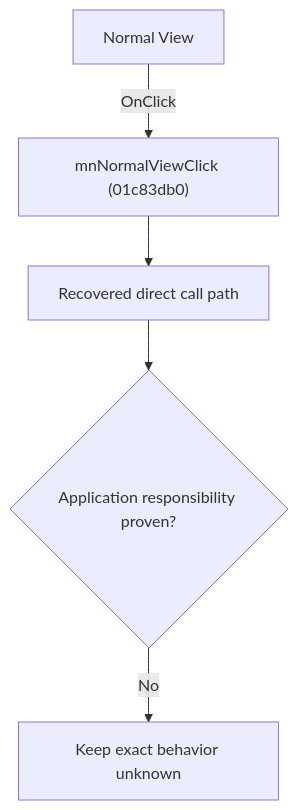
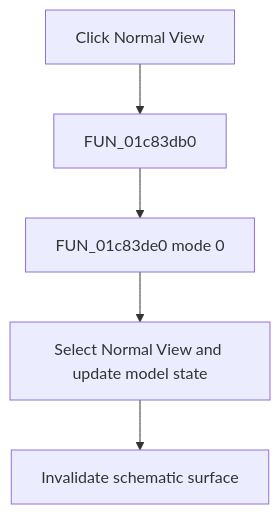
One commit to MovGP0/TIARA changed the diagram in docs/ui-controls/schematiceditor/mnnormalview-ada000edb3.md. Above: the diagram before and after it, drawn with Mermaid. The commit also changed other lines of this file and 241 other files, not shown here.

````diff
--- a/docs/ui-controls/schematiceditor/mnnormalview-ada000edb3.md
+++ b/docs/ui-controls/schematiceditor/mnnormalview-ada000edb3.md
@@ -27,7 +27,7 @@
 ```mermaid
 flowchart TD
-    control["Normal View"] -->|"OnClick"| handler["mnNormalViewClick (01c83db0)"]
-    handler --> recovered["Recovered direct call path"]
-    recovered --> gap{"Application responsibility proven?"}
-    gap -->|"No"| blocked["Keep exact behavior unknown"]
+    control["Click Normal View"] --> handler["FUN_01c83db0"]
+    handler --> mode["FUN_01c83de0 mode 0"]
+    mode --> state["Select Normal View and update model state"]
+    state --> repaint["Invalidate schematic surface"]
 ```
````
